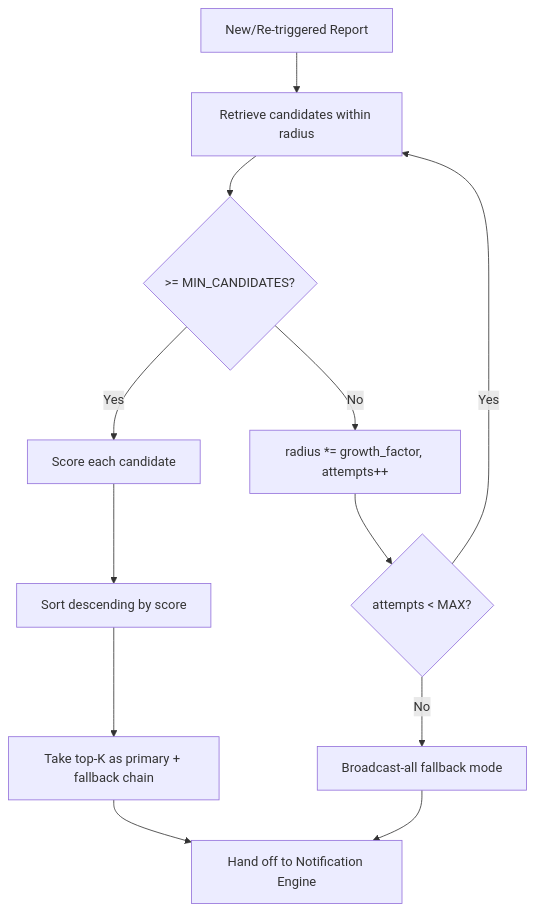
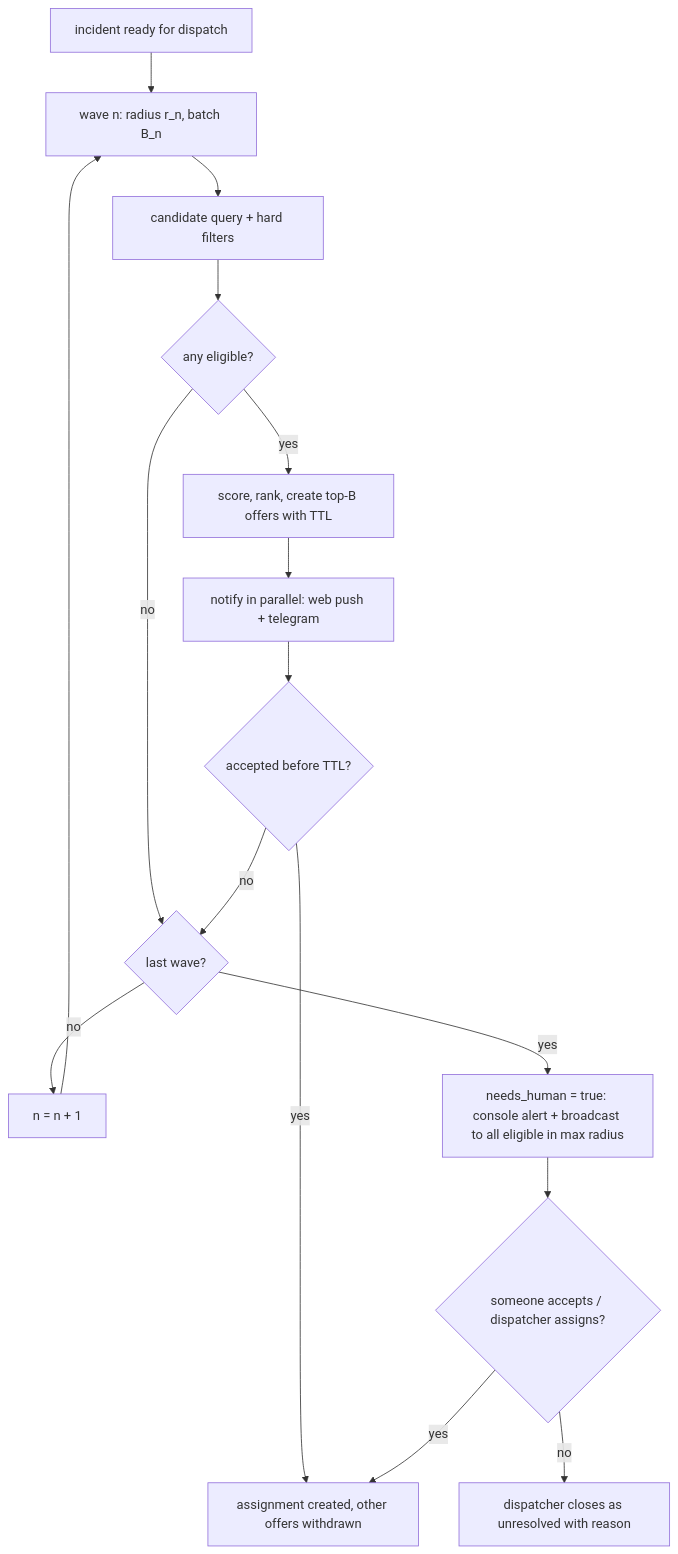
The ninth of 10 diagrams in Stray_Animal_Rescue_System_Blueprint.md (adi-mauryaji/stray-animal-rescue-system), drawn with Mermaid before and after one commit. The commit also changed other lines of this file and 43 other files, not shown here.

````diff
--- a/Stray_Animal_Rescue_System_Blueprint.md
+++ b/Stray_Animal_Rescue_System_Blueprint.md
@@ -1277,14 +1563,17 @@
 ```mermaid
 flowchart TB
-    R[New/Re-triggered Report] --> Cand[Retrieve candidates within radius]
-    Cand --> Enough{>= MIN_CANDIDATES?}
-    Enough -- No --> Expand[radius *= growth_factor, attempts++]
-    Expand --> MaxAttempts{attempts < MAX?}
-    MaxAttempts -- Yes --> Cand
-    MaxAttempts -- No --> Broadcast[Broadcast-all fallback mode]
-    Enough -- Yes --> Score[Score each candidate]
-    Score --> Rank[Sort descending by score]
-    Rank --> TopK[Take top-K as primary + fallback chain]
-    TopK --> Dispatch[Hand off to Notification Engine]
-    Broadcast --> Dispatch
+    A[incident ready for dispatch] --> B[wave n: radius r_n, batch B_n]
+    B --> C[candidate query + hard filters]
+    C --> D{any eligible?}
+    D -- no --> G{last wave?}
+    D -- yes --> E[score, rank, create top-B offers with TTL]
+    E --> F[notify in parallel: web push + telegram]
+    F --> H{accepted before TTL?}
+    H -- yes --> I[assignment created, other offers withdrawn]
+    H -- no --> G
+    G -- no --> B2[n = n + 1] --> B
+    G -- yes --> J[needs_human = true: console alert + broadcast to all eligible in max radius]
+    J --> K{someone accepts / dispatcher assigns?}
+    K -- yes --> I
+    K -- no --> L[dispatcher closes as unresolved with reason]
 ```
````
